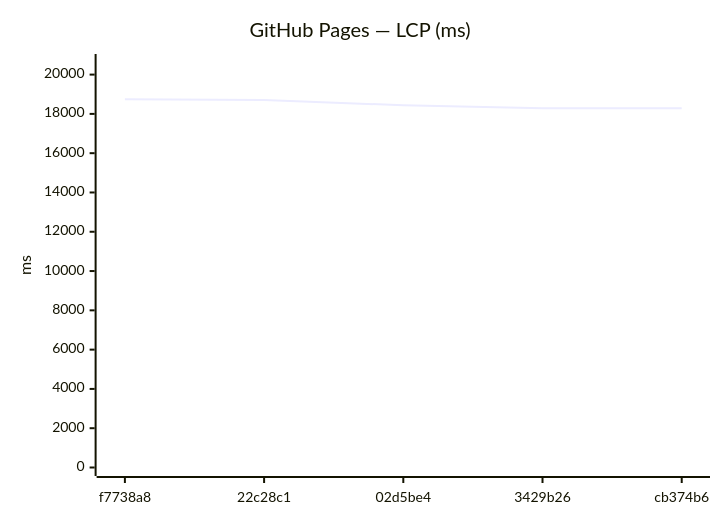
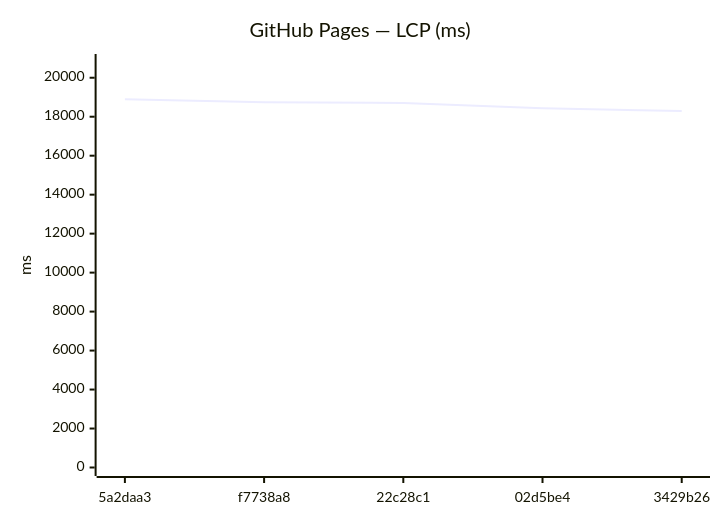
The ninth of 18 diagrams in benchmarks/compare.md (Metaheurist/Rianell), drawn with Mermaid before and after one commit. The commit also changed other lines of this file and 11 other files, not shown here.

````diff
--- a/benchmarks/compare.md
+++ b/benchmarks/compare.md
@@ -142,7 +142,7 @@
 ```mermaid
 xychart-beta
     title "GitHub Pages — LCP (ms)"
-    x-axis ["f7738a8", "22c28c1", "02d5be4", "3429b26", "cb374b6"]
-    y-axis "ms" 0 --> 20616
-    line [18741, 18704, 18438, 18287, 18290]
+    x-axis ["5a2daa3", "f7738a8", "22c28c1", "02d5be4", "3429b26"]
+    y-axis "ms" 0 --> 20782
+    line [18892, 18741, 18704, 18438, 18287]
 ```
````
